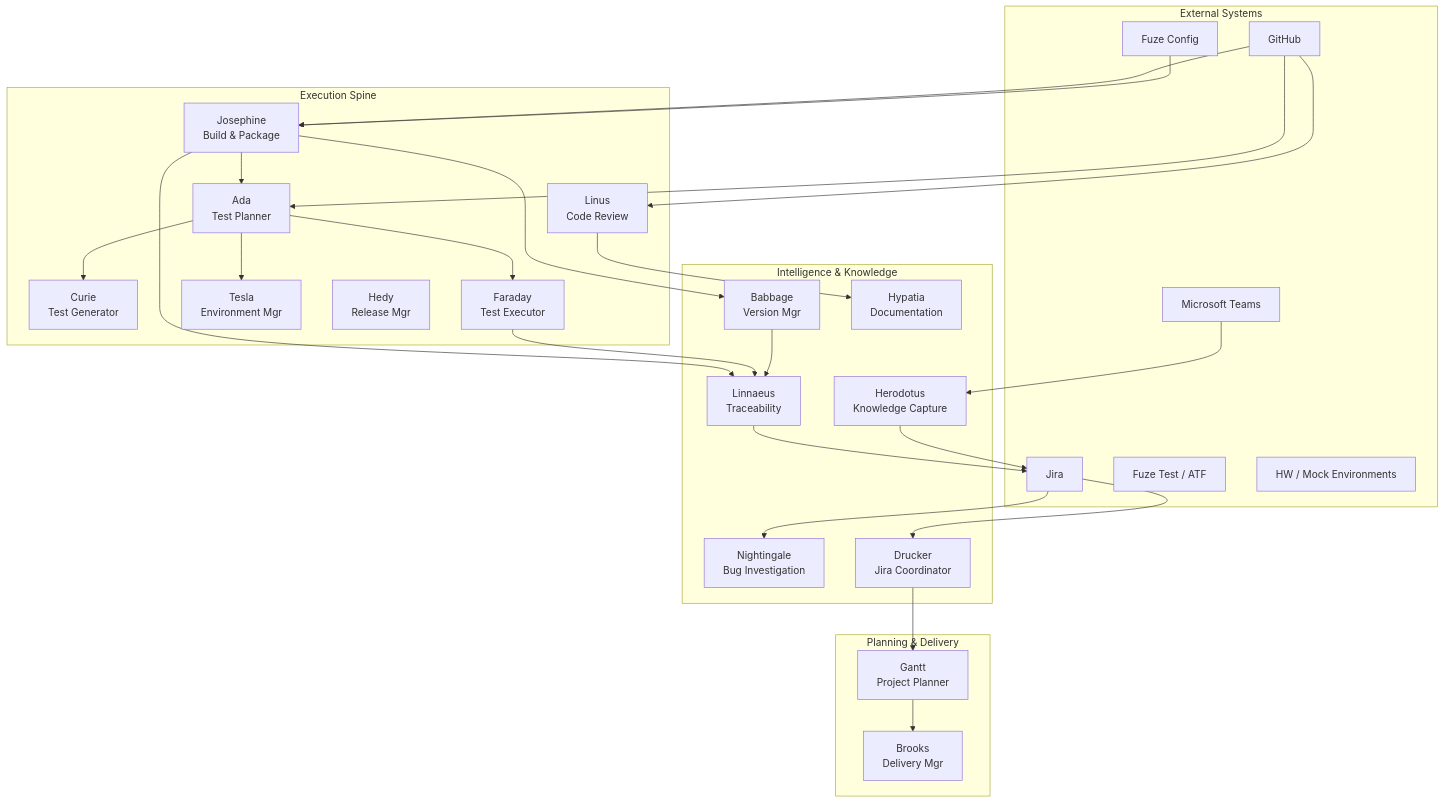
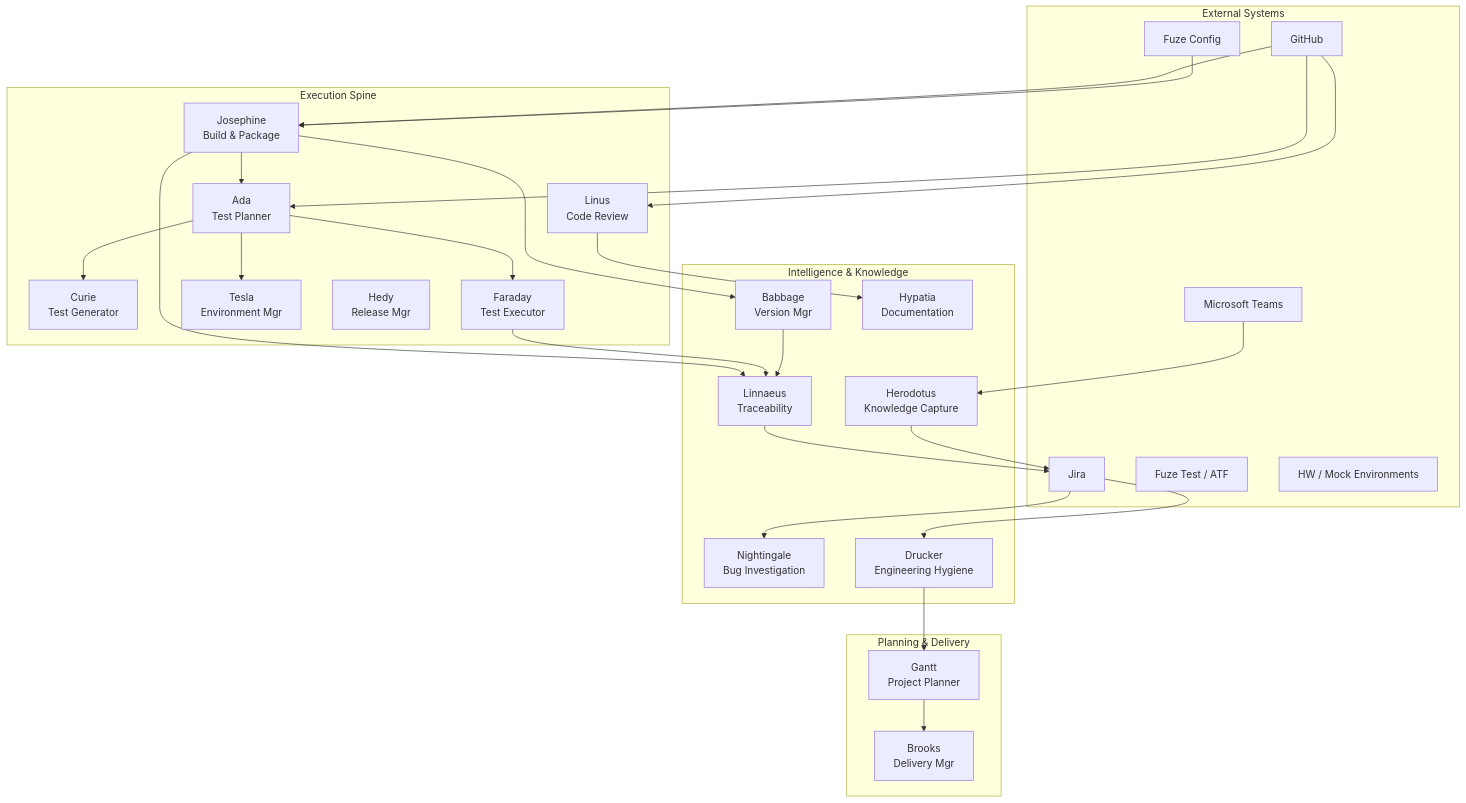
One commit to jmac-cornelis/agent-workforce changed the first of 2 diagrams in docs/workforce/README.md. Above: the diagram before and after it, drawn with Mermaid. The commit also changed other lines of this file and 9 other files, not shown here.

Commit message:
Update Drucker docs to Engineering Hygiene Agent and add sequence diagrams

````diff
--- a/docs/workforce/README.md
+++ b/docs/workforce/README.md
@@ -89,45 +89,45 @@
 ```mermaid
 graph TB
     subgraph External["External Systems"]
         GH[GitHub]
         JI[Jira]
         TE[Microsoft Teams]
         FZ[Fuze Config]
         ATF[Fuze Test / ATF]
         HIL[HW / Mock Environments]
     end
     subgraph Spine["Execution Spine"]
         JOS[Josephine<br/>Build & Package]
         ADA[Ada<br/>Test Planner]
         CUR[Curie<br/>Test Generator]
         FAR[Faraday<br/>Test Executor]
         TES[Tesla<br/>Environment Mgr]
         HED[Hedy<br/>Release Mgr]
         LIN_R[Linus<br/>Code Review]
     end
     subgraph Intel["Intelligence & Knowledge"]
         BAB[Babbage<br/>Version Mgr]
         LIN[Linnaeus<br/>Traceability]
         HER[Herodotus<br/>Knowledge Capture]
         HYP[Hypatia<br/>Documentation]
         NIG[Nightingale<br/>Bug Investigation]
-        DRU[Drucker<br/>Jira Coordinator]
+        DRU[Drucker<br/>Engineering Hygiene]
     end
     subgraph Plan["Planning & Delivery"]
         GAN[Gantt<br/>Project Planner]
         BRO[Brooks<br/>Delivery Mgr]
     end
     GH --> JOS & LIN_R & ADA
     FZ --> JOS
     JOS --> BAB & ADA & LIN
     ADA --> CUR & TES & FAR
     FAR --> LIN
     BAB --> LIN
     LIN --> JI
     TE --> HER
     HER --> JI
     LIN_R --> HYP
     JI --> NIG & DRU
     DRU --> GAN
     GAN --> BRO
 ```
````
